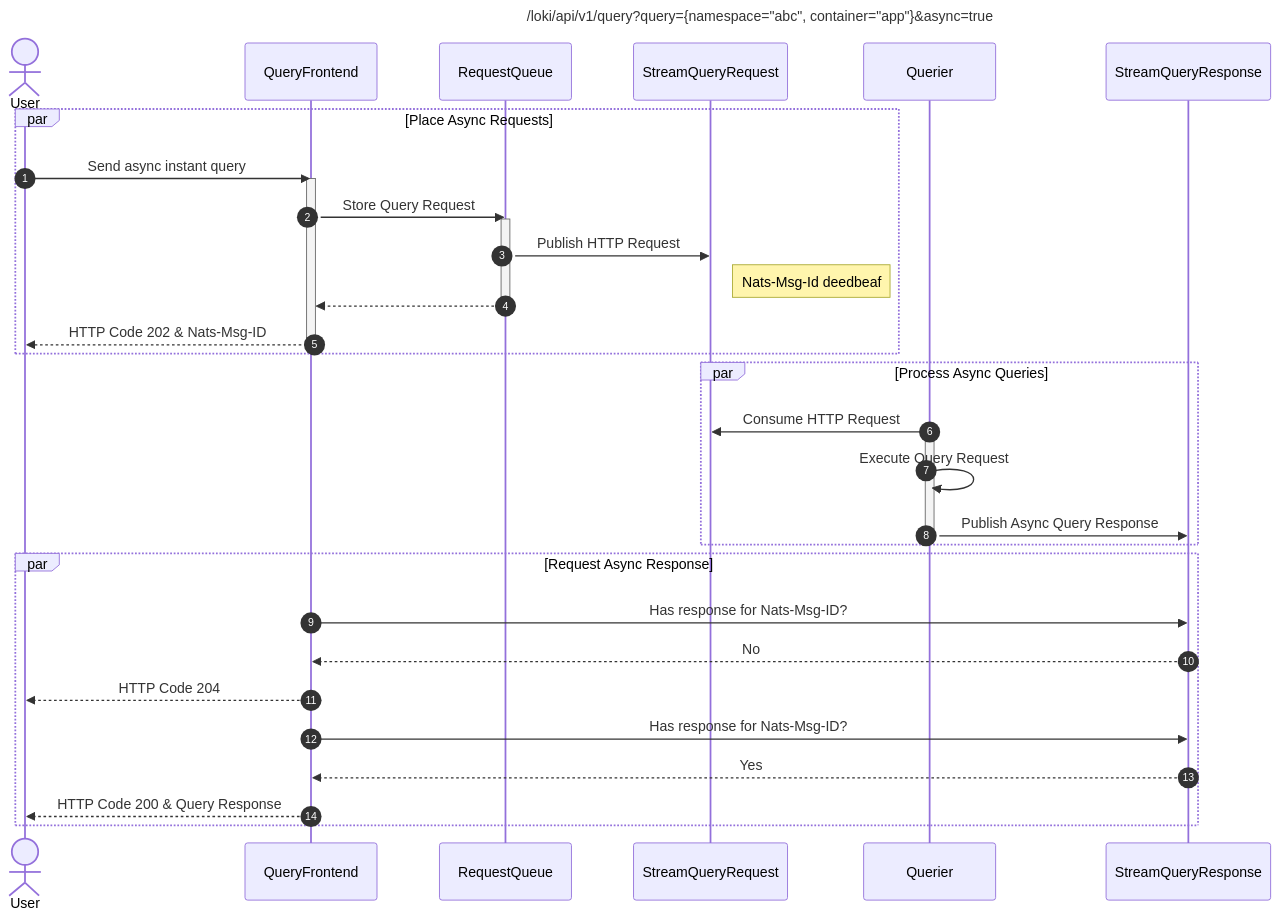
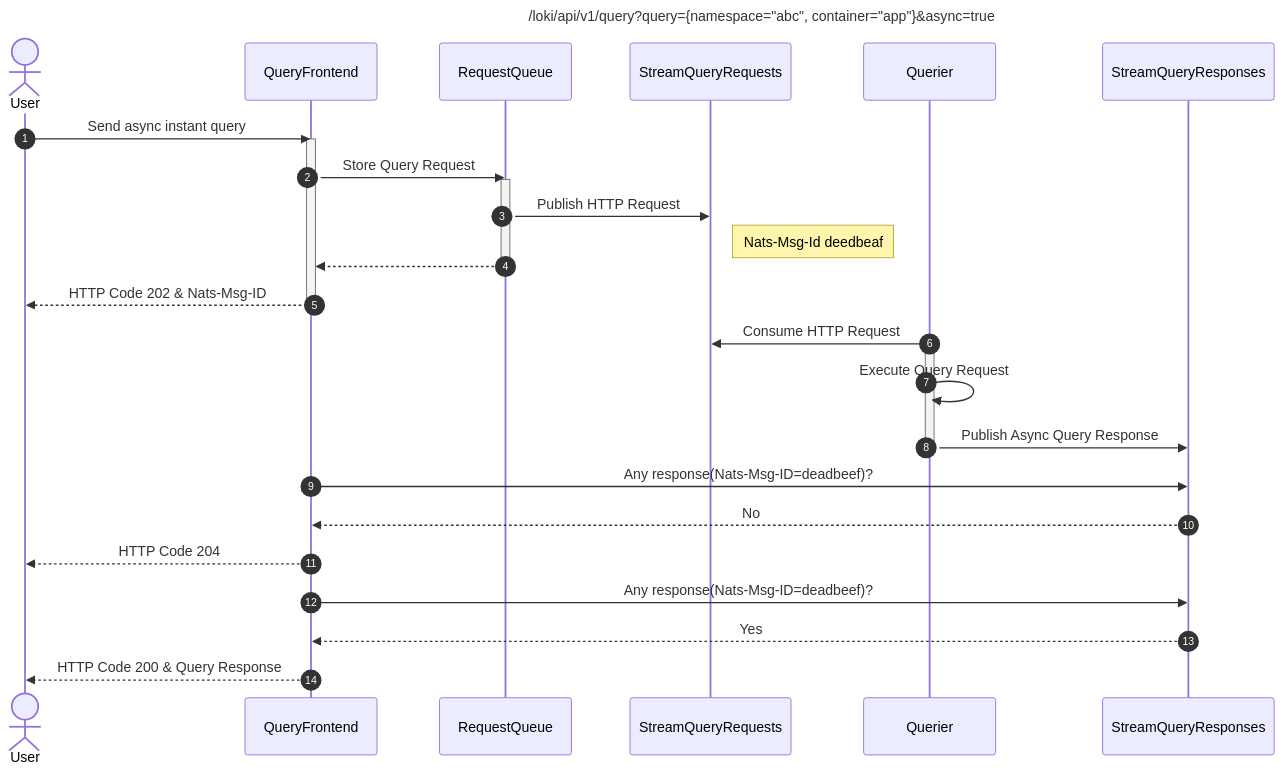
The diagram in docs/sources/community/lids/_DRAFT_AsynchronousQueries.md (grafana/loki), drawn with Mermaid before and after one commit.

Commit message:
Remove par boxes

````diff
--- a/docs/sources/community/lids/_DRAFT_AsynchronousQueries.md
+++ b/docs/sources/community/lids/_DRAFT_AsynchronousQueries.md
@@ -101,33 +101,27 @@
 ```mermaid
-  sequenceDiagram
-      autonumber
-      title /loki/api/v1/query?query={namespace="abc", container="app"}&async=true
-      actor User
-      par Place Async Requests
-      User->>QueryFrontend: Send async instant query
-      activate QueryFrontend
-      QueryFrontend->>RequestQueue: Store Query Request
-      activate RequestQueue
-      RequestQueue->>StreamQueryRequest: Publish HTTP Request
-      Note right of StreamQueryRequest: Nats-Msg-Id deedbeaf
-      deactivate RequestQueue
-      RequestQueue-->>QueryFrontend:
-      QueryFrontend-->>User: HTTP Code 202 & Nats-Msg-ID
-      deactivate QueryFrontend
-      end
-      par Process Async Queries
-      Querier->>StreamQueryRequest: Consume HTTP Request
-      activate Querier
-      Querier->>Querier: Execute Query Request
-      Querier->>StreamQueryResponse: Publish Async Query Response
-      deactivate Querier
-      end
-      par Request Async Response
-      QueryFrontend->>StreamQueryResponse: Has response for Nats-Msg-ID?
-      StreamQueryResponse-->>QueryFrontend: No
-      QueryFrontend-->>User: HTTP Code 204
-      QueryFrontend->>StreamQueryResponse: Has response for Nats-Msg-ID?
-      StreamQueryResponse-->>QueryFrontend: Yes
-      QueryFrontend-->>User: HTTP Code 200 & Query Response
-      end
+ sequenceDiagram
+    autonumber
+    title /loki/api/v1/query?query={namespace="abc", container="app"}&async=true
+    actor User
+    User->>QueryFrontend: Send async instant query
+    activate QueryFrontend
+    QueryFrontend->>RequestQueue: Store Query Request
+    activate RequestQueue
+    RequestQueue->>StreamQueryRequests: Publish HTTP Request
+    Note right of StreamQueryRequests: Nats-Msg-Id deedbeaf
+    deactivate RequestQueue
+    RequestQueue-->>QueryFrontend:
+    QueryFrontend-->>User: HTTP Code 202 & Nats-Msg-ID
+    deactivate QueryFrontend
+    Querier->>StreamQueryRequests: Consume HTTP Request
+    activate Querier
+    Querier->>Querier: Execute Query Request
+    Querier->>StreamQueryResponses: Publish Async Query Response
+    deactivate Querier
+    QueryFrontend->>StreamQueryResponses: Any response(Nats-Msg-ID=deadbeef)?
+    StreamQueryResponses-->>QueryFrontend: No
+    QueryFrontend-->>User: HTTP Code 204
+    QueryFrontend->>StreamQueryResponses: Any response(Nats-Msg-ID=deadbeef)?
+    StreamQueryResponses-->>QueryFrontend: Yes
+    QueryFrontend-->>User: HTTP Code 200 & Query Response
 ```
````
